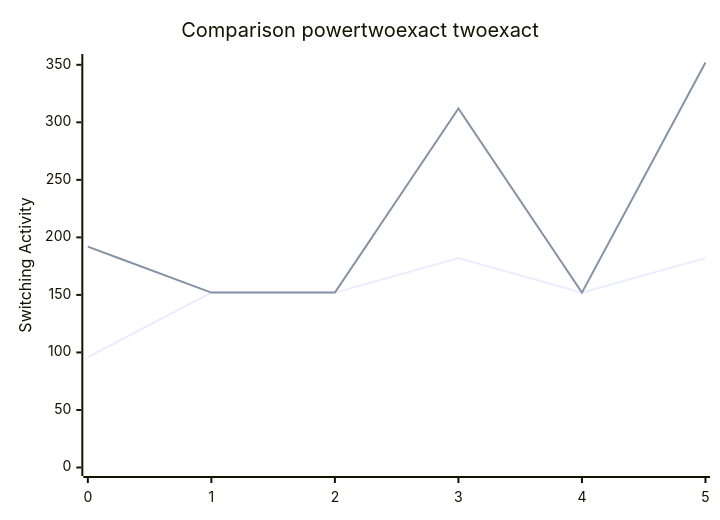
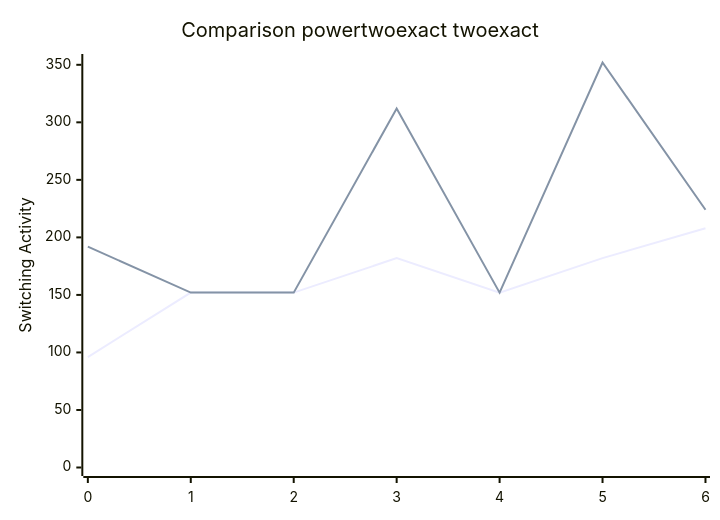
The diagram in benchmark.md (FeldmeierMichael/Exact-Power-Synthesis), drawn with Mermaid before and after one commit. The commit also changed other lines of this file and 2 other files, not shown here.

````diff
--- a/benchmark.md
+++ b/benchmark.md
@@ -23,8 +25,8 @@
 ```mermaid
 xychart-beta
     title "Comparison powertwoexact twoexact"
-    x-axis [0, 1, 2, 3, 4, 5]
+    x-axis [0, 1, 2, 3, 4, 5, 6]
     y-axis "Switching Activity" 0-->352
-    line [96, 152, 152, 182, 152, 182]
-    line [192, 152, 152, 312, 152, 352]
+    line [96, 152, 152, 182, 152, 182, 208]
+    line [192, 152, 152, 312, 152, 352, 224]
 ```
````
